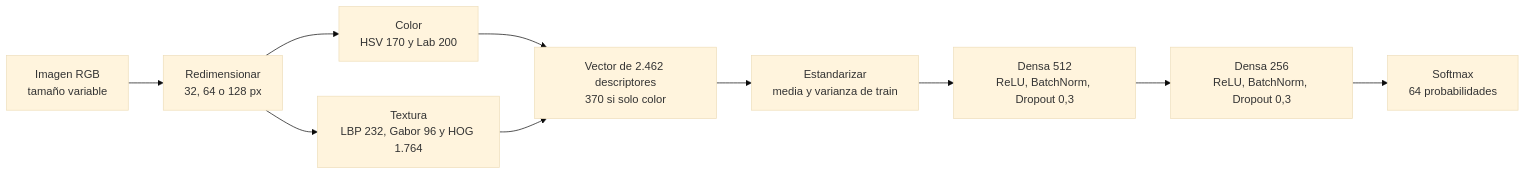
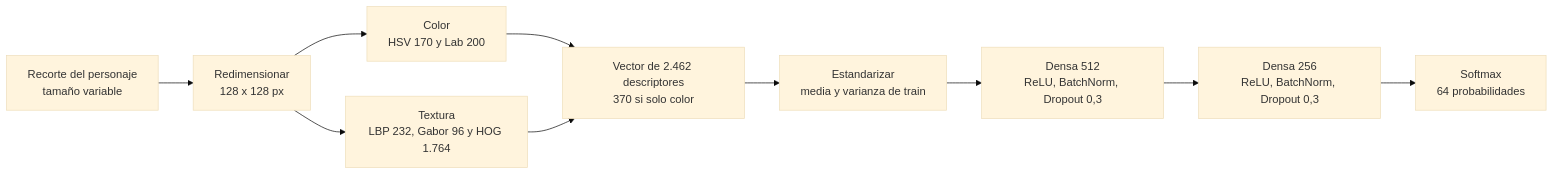
Before and after one commit to ByFlopp/LosSimpsons_DeepLearning: the third of 5 diagrams in README.md, drawn with Mermaid (base theme). The commit also changed other lines of this file and 52 other files, not shown here.

````diff
--- a/README.md
+++ b/README.md
@@ -47,12 +70,12 @@
 ```mermaid
 flowchart LR
-    A["Imagen RGB<br/>tamaño variable"] --> B["Redimensionar<br/>32, 64 o 128 px"]
+    A["Recorte del personaje<br/>tamaño variable"] --> B["Redimensionar<br/>128 x 128 px"]
     B --> C["Color<br/>HSV 170 y Lab 200"]
     B --> T["Textura<br/>LBP 232, Gabor 96 y HOG 1.764"]
     C --> V["Vector de 2.462 descriptores<br/>370 si solo color"]
     T --> V
     V --> S["Estandarizar<br/>media y varianza de train"]
     S --> D1["Densa 512<br/>ReLU, BatchNorm, Dropout 0,3"]
     D1 --> D2["Densa 256<br/>ReLU, BatchNorm, Dropout 0,3"]
     D2 --> O["Softmax<br/>64 probabilidades"]
 ```
````
